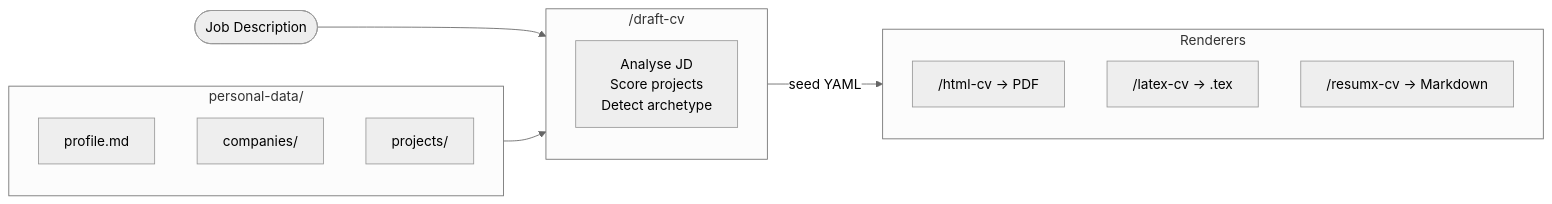
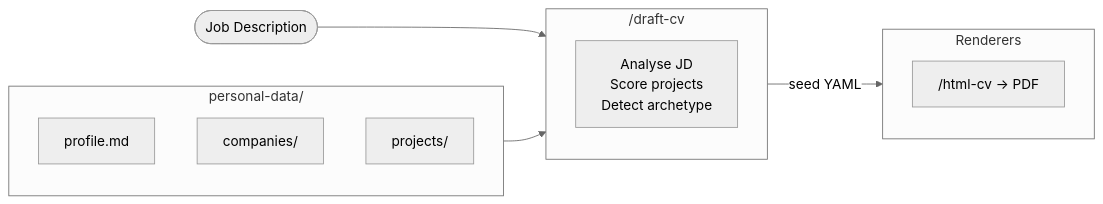
Before and after one commit to tiennt0212/cv-builder: the diagram in README.md, drawn with Mermaid (neutral theme). The commit also changed other lines of this file and 23 other files, not shown here.

First line of the commit message:
feat: remove latex-cv and resumx-cv renderer skills (issue #9)

````diff
--- a/README.md
+++ b/README.md
@@ -11,27 +11,25 @@
 ```mermaid
 flowchart LR
     JD([Job Description])
 
     subgraph data ["personal-data/"]
         direction TB
         profile[profile.md]
         companies[companies/]
         projects[projects/]
     end
 
     subgraph draft ["/draft-cv"]
         direction TB
         dc["Analyse JD\nScore projects\nDetect archetype"]
     end
 
     subgraph renderers ["Renderers"]
         direction TB
         html["/html-cv → PDF"]
-        latex["/latex-cv → .tex"]
-        resumx["/resumx-cv → Markdown"]
     end
 
     JD --> draft
     data --> draft
     draft -->|seed YAML| renderers
 ```
````
